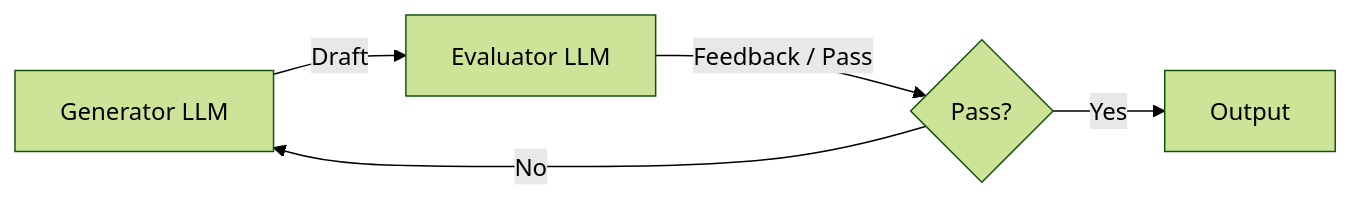
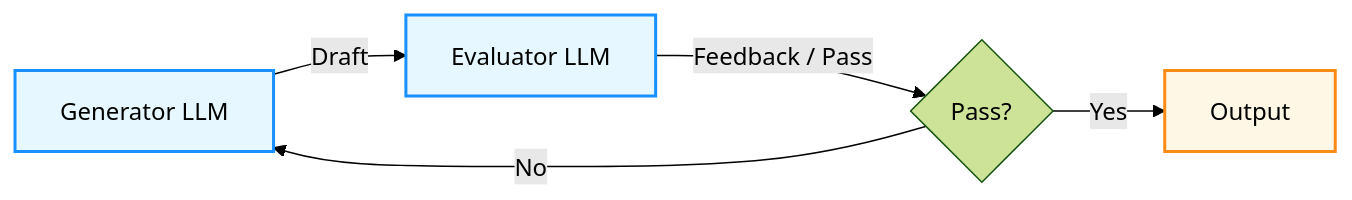
One commit to yeasy/agentic_ai_guide changed the fifth of 6 diagrams in 09_agentops/9.1_design_patterns.md. Above: the diagram before and after it, drawn with Mermaid (forest theme). The commit also changed other lines of this file and 36 other files, not shown here.

````diff
--- a/09_agentops/9.1_design_patterns.md
+++ b/09_agentops/9.1_design_patterns.md
@@ -106,7 +140,14 @@
 ```mermaid
 graph LR
+    %% Agentic Design System
+    classDef agent fill:#e6f7ff,stroke:#1890ff,stroke-width:2px;
+    classDef user fill:#fff7e6,stroke:#fa8c16,stroke-width:2px;
+
     Generator[Generator LLM] -->|Draft| Evaluator[Evaluator LLM]
     Evaluator -->|Feedback / Pass| Decision{Pass?}
     Decision -->|No| Generator
     Decision -->|Yes| Output
+    
+    class Generator,Evaluator agent;
+    class Output user;
 ```
````
